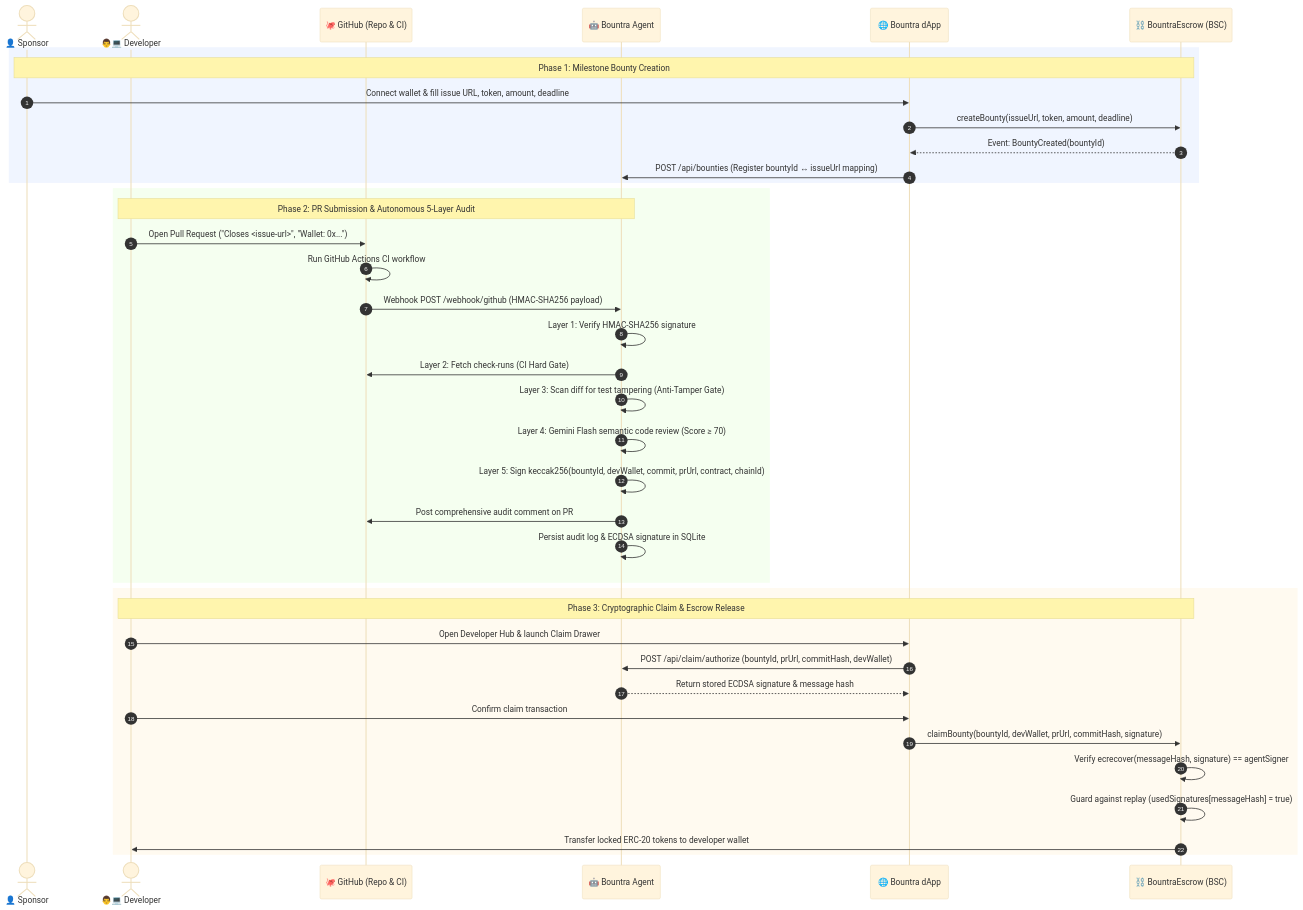
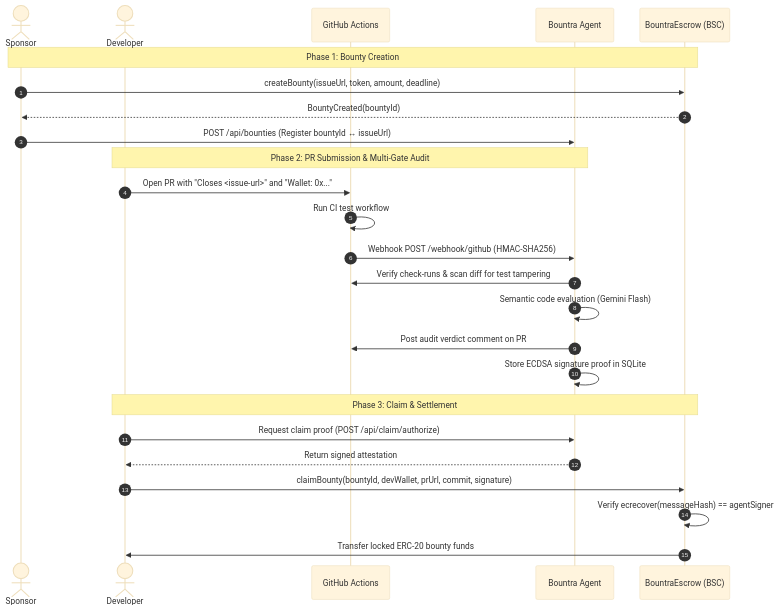
The diagram in README.md (muhammalif/bountra), drawn with Mermaid (base theme) before and after one commit. The commit also changed other lines of this file and 6 other files, not shown here.

Commit message:
docs: streamline architecture, clean user flow, and untrack internal docs and AGENTS.md

````diff
--- a/README.md
+++ b/README.md
@@ -100,47 +76,30 @@
 ```mermaid
 sequenceDiagram
     autonumber
-    actor Sponsor as 👤 Sponsor
-    actor Dev as 👨💻 Developer
-    participant GH as 🐙 GitHub (Repo & CI)
-    participant Agent as 🤖 Bountra Agent
-    participant Web as 🌐 Bountra dApp
-    participant Contract as ⛓️ BountraEscrow (BSC)
+    actor Sponsor as Sponsor
+    actor Dev as Developer
+    participant GitHub as GitHub Actions
+    participant Agent as Bountra Agent
+    participant Escrow as BountraEscrow (BSC)
 
-    %% Phase 1
-    rect rgb(240, 245, 255)
-    Note over Sponsor, Contract: Phase 1: Milestone Bounty Creation
-    Sponsor->>Web: Connect wallet & fill issue URL, token, amount, deadline
-    Web->>Contract: createBounty(issueUrl, token, amount, deadline)
-    Contract-->>Web: Event: BountyCreated(bountyId)
-    Web->>Agent: POST /api/bounties (Register bountyId ↔ issueUrl mapping)
-    end
+    Note over Sponsor, Escrow: Phase 1: Bounty Creation
+    Sponsor->>Escrow: createBounty(issueUrl, token, amount, deadline)
+    Escrow-->>Sponsor: BountyCreated(bountyId)
+    Sponsor->>Agent: POST /api/bounties (Register bountyId ↔ issueUrl)
 
-    %% Phase 2
-    rect rgb(245, 255, 240)
-    Note over Dev, Agent: Phase 2: PR Submission & Autonomous 5-Layer Audit
-    Dev->>GH: Open Pull Request ("Closes <issue-url>", "Wallet: 0x...")
-    GH->>GH: Run GitHub Actions CI workflow
-    GH->>Agent: Webhook POST /webhook/github (HMAC-SHA256 payload)
-    Agent->>Agent: Layer 1: Verify HMAC-SHA256 signature
-    Agent->>GH: Layer 2: Fetch check-runs (CI Hard Gate)
-    Agent->>Agent: Layer 3: Scan diff for test tampering (Anti-Tamper Gate)
-    Agent->>Agent: Layer 4: Gemini Flash semantic code review (Score ≥ 70)
-    Agent->>Agent: Layer 5: Sign keccak256(bountyId, devWallet, commit, prUrl, contract, chainId)
-    Agent->>GH: Post comprehensive audit comment on PR
-    Agent->>Agent: Persist audit log & ECDSA signature in SQLite
-    end
+    Note over Dev, Agent: Phase 2: PR Submission & Multi-Gate Audit
+    Dev->>GitHub: Open PR with "Closes <issue-url>" and "Wallet: 0x..."
+    GitHub->>GitHub: Run CI test workflow
+    GitHub->>Agent: Webhook POST /webhook/github (HMAC-SHA256)
+    Agent->>GitHub: Verify check-runs & scan diff for test tampering
+    Agent->>Agent: Semantic code evaluation (Gemini Flash)
+    Agent->>GitHub: Post audit verdict comment on PR
+    Agent->>Agent: Store ECDSA signature proof in SQLite
 
-    %% Phase 3
-    rect rgb(255, 250, 240)
-    Note over Dev, Contract: Phase 3: Cryptographic Claim & Escrow Release
-    Dev->>Web: Open Developer Hub & launch Claim Drawer
-    Web->>Agent: POST /api/claim/authorize (bountyId, prUrl, commitHash, devWallet)
-    Agent-->>Web: Return stored ECDSA signature & message hash
-    Dev->>Web: Confirm claim transaction
-    Web->>Contract: claimBounty(bountyId, devWallet, prUrl, commitHash, signature)
-    Contract->>Contract: Verify ecrecover(messageHash, signature) == agentSigner
-    Contract->>Contract: Guard against replay (usedSignatures[messageHash] = true)
-    Contract->>Dev: Transfer locked ERC-20 tokens to developer wallet
-    end
+    Note over Dev, Escrow: Phase 3: Claim & Settlement
+    Dev->>Agent: Request claim proof (POST /api/claim/authorize)
+    Agent-->>Dev: Return signed attestation
+    Dev->>Escrow: claimBounty(bountyId, devWallet, prUrl, commit, signature)
+    Escrow->>Escrow: Verify ecrecover(messageHash) == agentSigner
+    Escrow->>Dev: Transfer locked ERC-20 bounty funds
 ```
````
